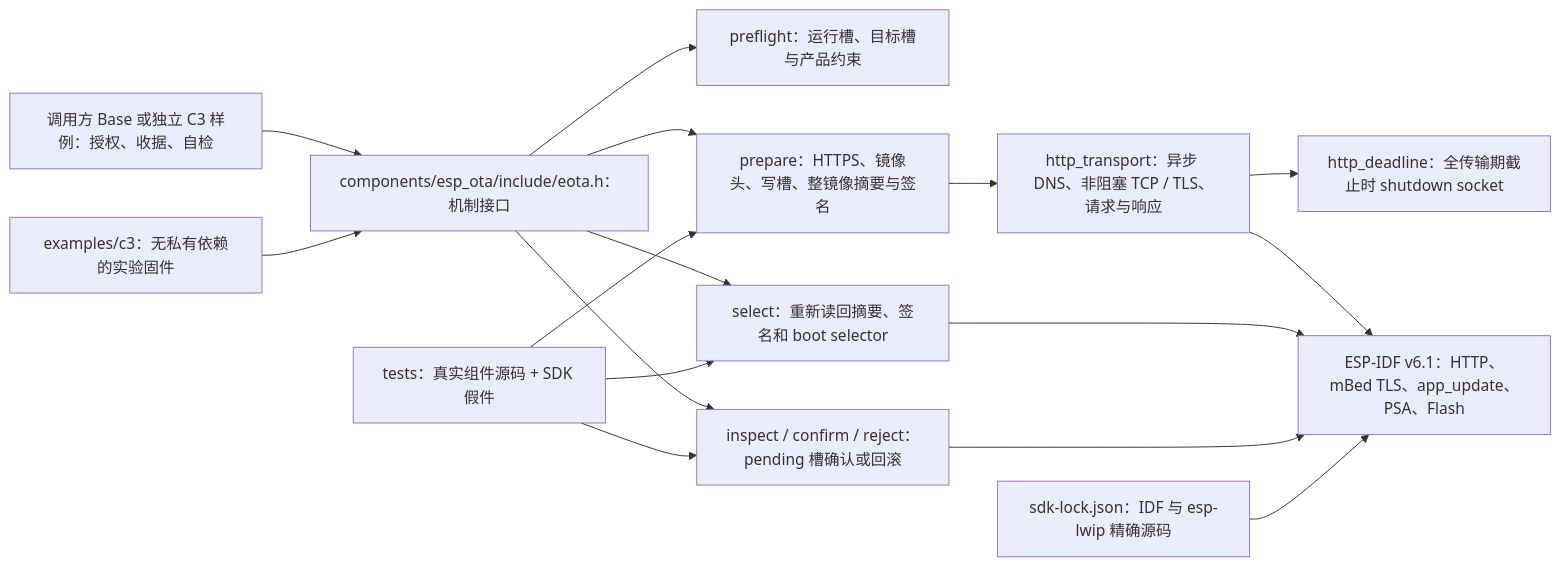
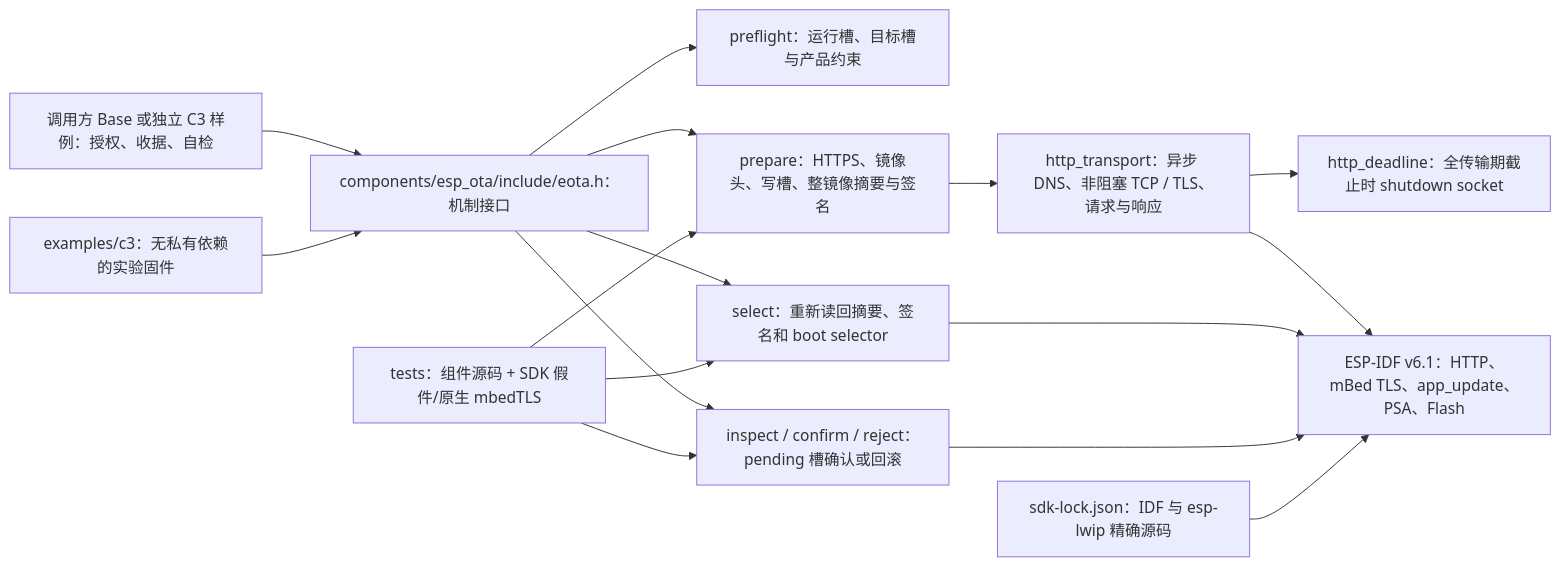
One commit to darren-you/esp-ota changed the diagram in README.md. Above: the diagram before and after it, drawn with Mermaid. The commit also changed other lines of this file and 9 other files, not shown here.

````diff
--- a/README.md
+++ b/README.md
@@ -7,18 +7,18 @@
 ```mermaid
 flowchart LR
     app["调用方 Base 或独立 C3 样例：授权、收据、自检"] --> api["components/esp_ota/include/eota.h：机制接口"]
     api --> preflight["preflight：运行槽、目标槽与产品约束"]
     api --> prepare["prepare：HTTPS、镜像头、写槽、整镜像摘要与签名"]
     api --> select["select：重新读回摘要、签名和 boot selector"]
     api --> confirm["inspect / confirm / reject：pending 槽确认或回滚"]
     prepare --> transport["http_transport：异步 DNS、非阻塞 TCP / TLS、请求与响应"]
     transport --> deadline["http_deadline：全传输期截止时 shutdown socket"]
     transport --> sdk["ESP-IDF v6.1：HTTP、mBed TLS、app_update、PSA、Flash"]
     select --> sdk
     confirm --> sdk
     lock["sdk-lock.json：IDF 与 esp-lwip 精确源码"] --> sdk
-    host["tests：真实组件源码 + SDK 假件"] --> prepare
+    host["tests：组件源码 + SDK 假件/原生 mbedTLS"] --> prepare
     host --> select
     host --> confirm
     sample["examples/c3：无私有依赖的实验固件"] --> api
 ```
````
